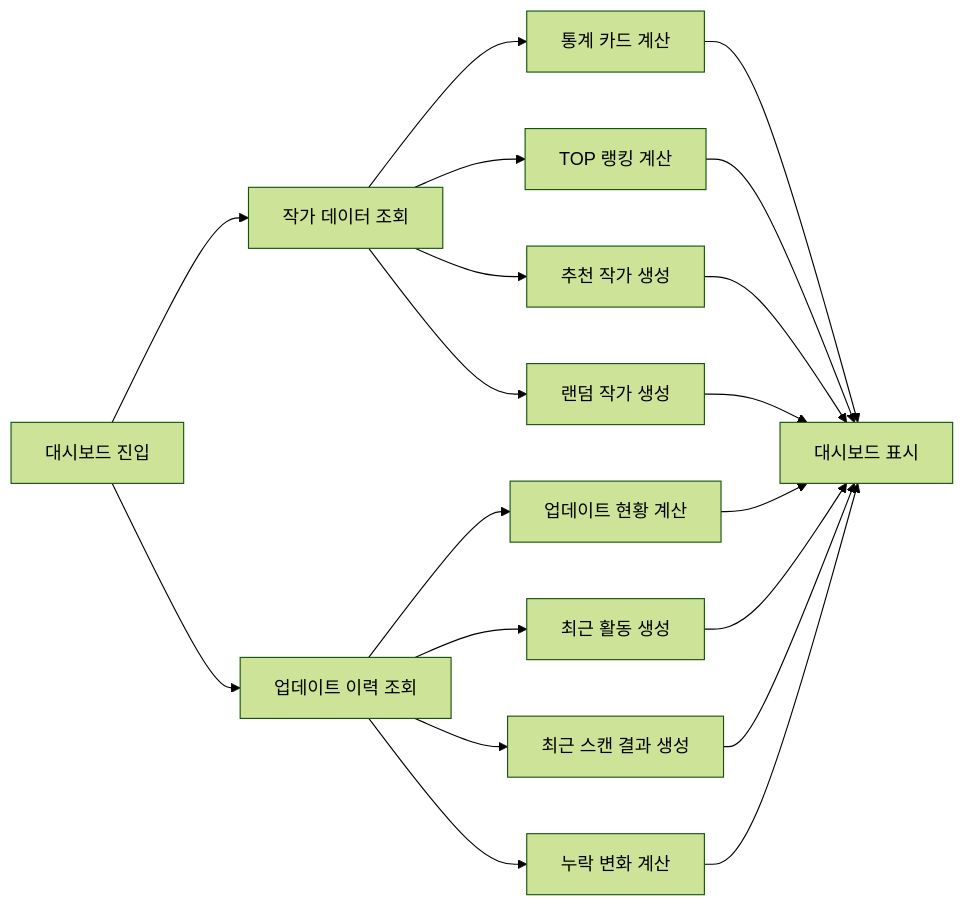
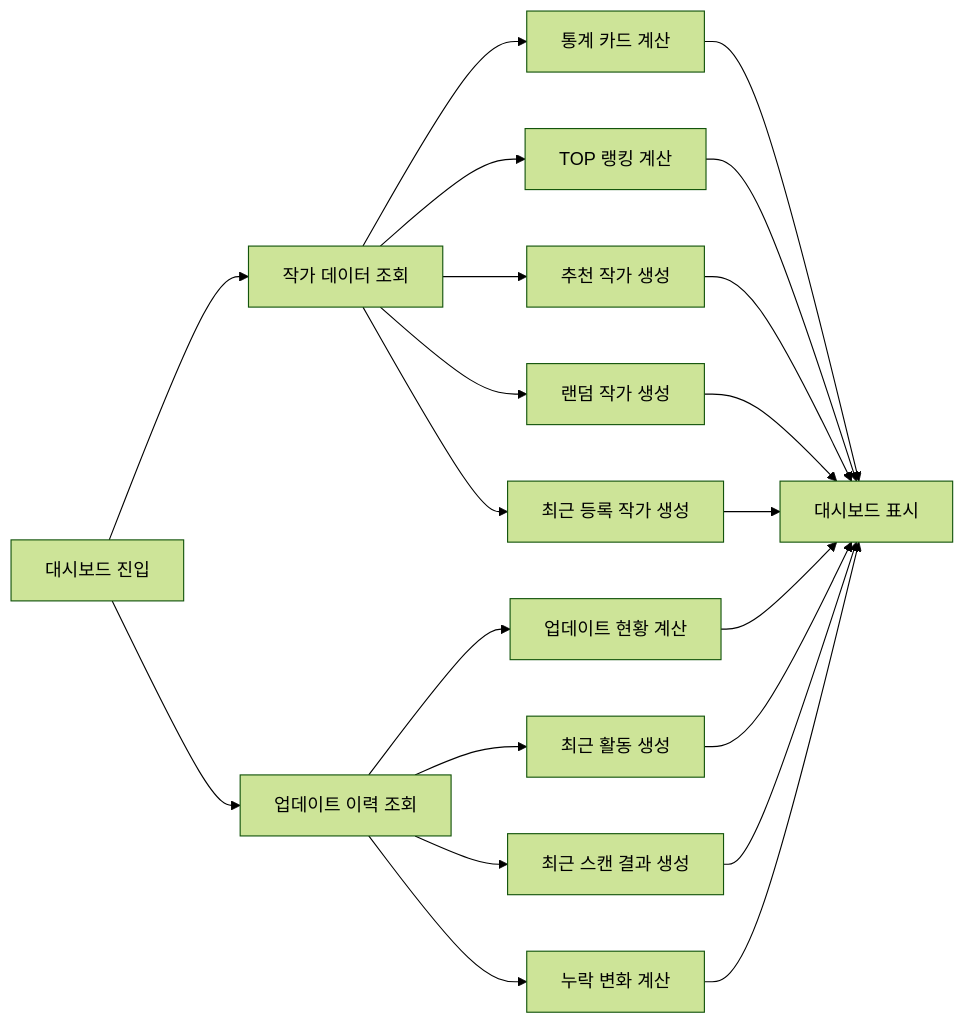
The second of 44 diagrams in docs/03_SYSTEM_FLOW.md (PKT0623/PixivLocalManager), drawn with Mermaid (forest theme) before and after one commit. The commit also changed other lines of this file and 10 other files, not shown here.

Commit message:
docs: update V2 completion status and V3 roadmap

````diff
--- a/docs/03_SYSTEM_FLOW.md
+++ b/docs/03_SYSTEM_FLOW.md
@@ -34,27 +35,29 @@
 ```mermaid
 flowchart LR
 
 A[대시보드 진입]
 
 A --> B[작가 데이터 조회]
 A --> C[업데이트 이력 조회]
 
 B --> D[통계 카드 계산]
 B --> E[TOP 랭킹 계산]
 B --> F[추천 작가 생성]
 B --> G[랜덤 작가 생성]
+B --> H[최근 등록 작가 생성]
 
-C --> H[업데이트 현황 계산]
-C --> I[최근 활동 생성]
-C --> J[최근 스캔 결과 생성]
-C --> K[누락 변화 계산]
+C --> I[업데이트 현황 계산]
+C --> J[최근 활동 생성]
+C --> K[최근 스캔 결과 생성]
+C --> L[누락 변화 계산]
 
-D --> L[대시보드 표시]
-E --> L
-F --> L
-G --> L
-H --> L
-I --> L
-J --> L
-K --> L
+D --> M[대시보드 표시]
+E --> M
+F --> M
+G --> M
+H --> M
+I --> M
+J --> M
+K --> M
+L --> M
 ```
````
